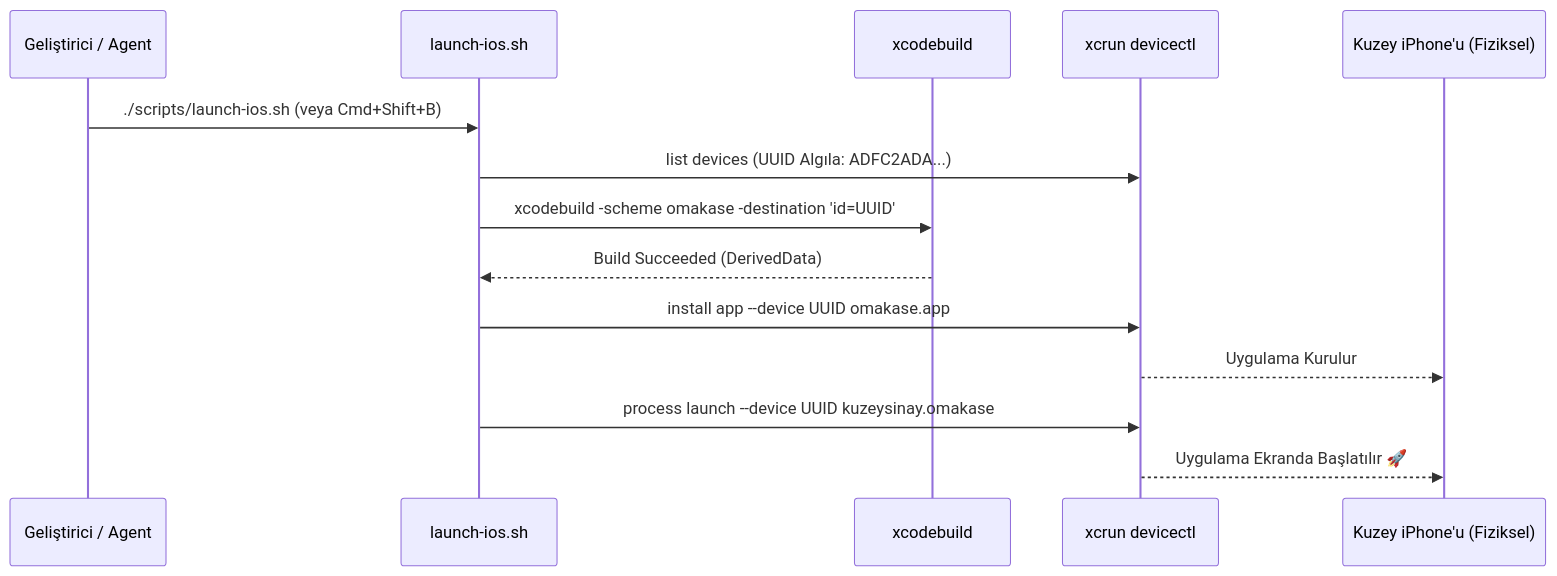
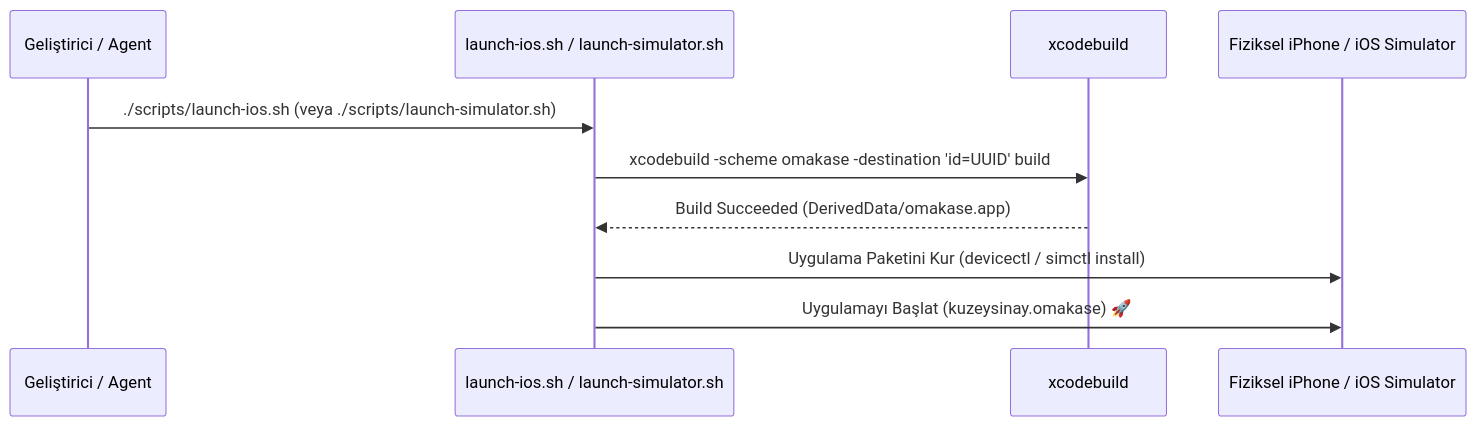
Before and after one commit to kuzeysinay/omakase: the diagram in docs/xcode_konfigurasyon.md, drawn with Mermaid. The commit also changed other lines of this file and 6 other files, not shown here.

````diff
--- a/docs/xcode_konfigurasyon.md
+++ b/docs/xcode_konfigurasyon.md
@@ -24,17 +23,13 @@
 ```mermaid
 sequenceDiagram
     participant Dev as Geliştirici / Agent
-    participant Script as launch-ios.sh
+    participant Script as launch-ios.sh / launch-simulator.sh
     participant Xcode as xcodebuild
-    participant DeviceCtl as xcrun devicectl
-    participant Phone as Kuzey iPhone'u (Fiziksel)
+    participant Target as Fiziksel iPhone / iOS Simulator
 
-    Dev->>Script: ./scripts/launch-ios.sh (veya Cmd+Shift+B)
-    Script->>DeviceCtl: list devices (UUID Algıla: ADFC2ADA...)
-    Script->>Xcode: xcodebuild -scheme omakase -destination 'id=UUID'
-    Xcode-->>Script: Build Succeeded (DerivedData)
-    Script->>DeviceCtl: install app --device UUID omakase.app
-    DeviceCtl-->>Phone: Uygulama Kurulur
-    Script->>DeviceCtl: process launch --device UUID kuzeysinay.omakase
-    DeviceCtl-->>Phone: Uygulama Ekranda Başlatılır 🚀
+    Dev->>Script: ./scripts/launch-ios.sh (veya ./scripts/launch-simulator.sh)
+    Script->>Xcode: xcodebuild -scheme omakase -destination 'id=UUID' build
+    Xcode-->>Script: Build Succeeded (DerivedData/omakase.app)
+    Script->>Target: Uygulama Paketini Kur (devicectl / simctl install)
+    Script->>Target: Uygulamayı Başlat (kuzeysinay.omakase) 🚀
 ```
````
